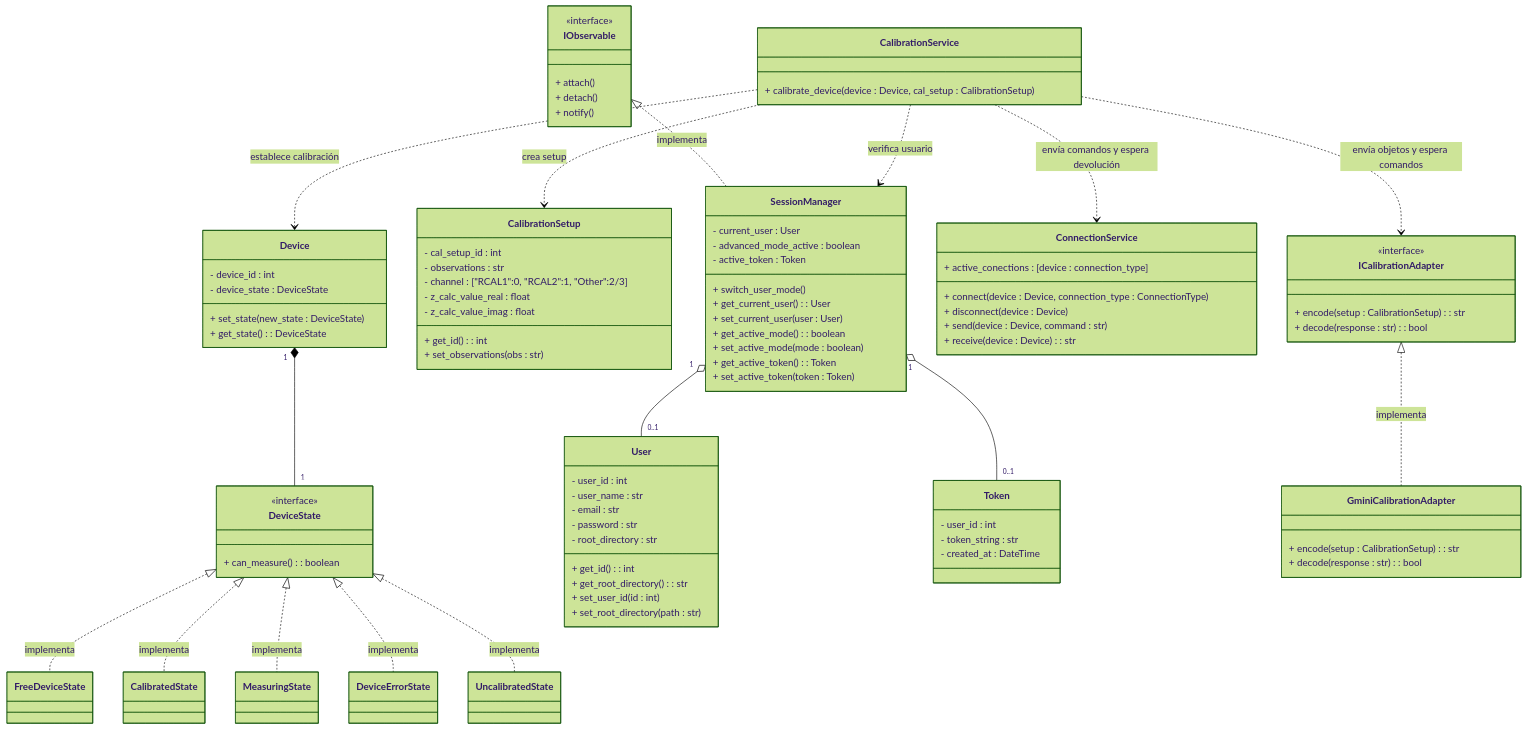
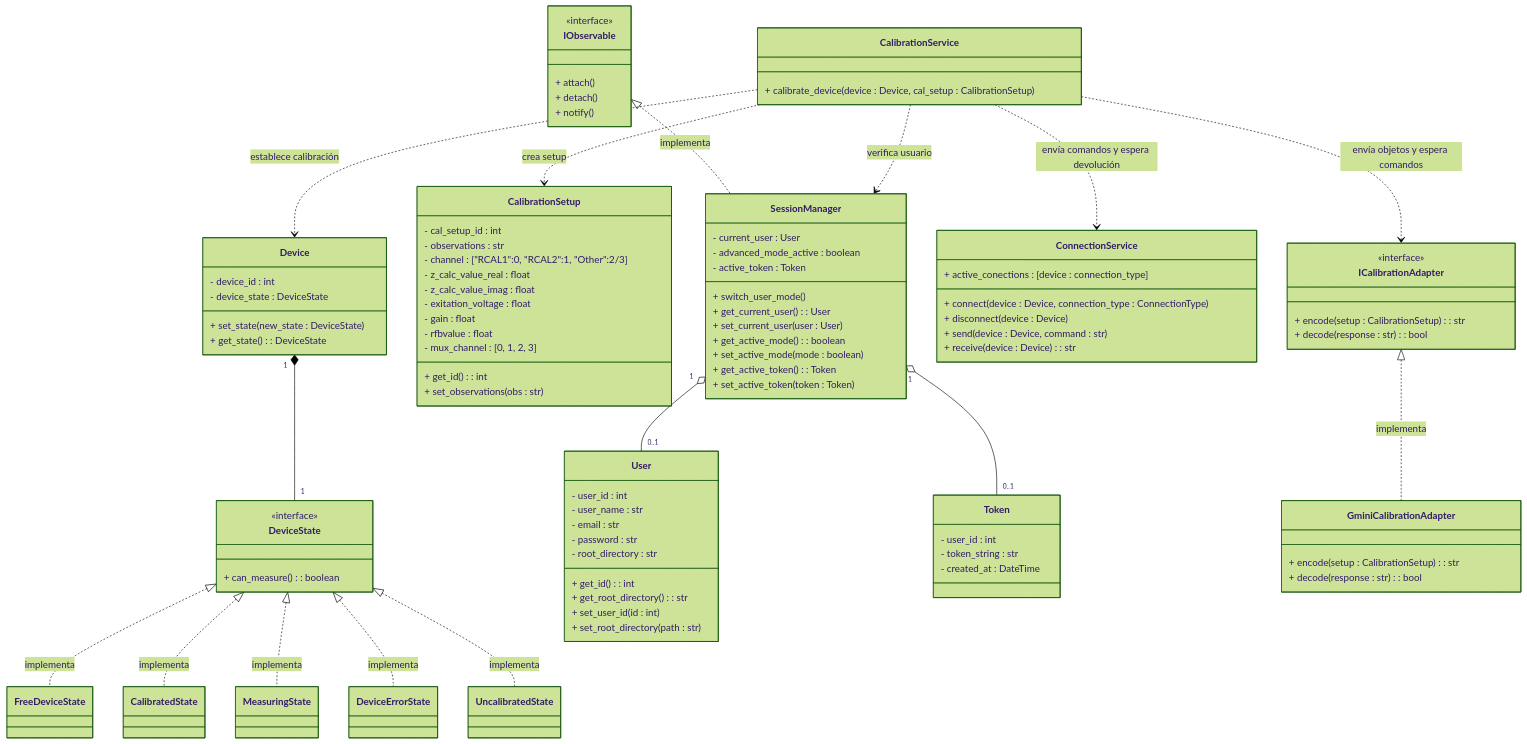
Diagram 12 of 15 in Gmini-MarkDown/Diagramas/Diagramas de Clases.md (alegrelias/Repo-GMini), drawn with Mermaid (forest theme) before and after one commit. The commit also changed other lines of this file and 1 other file, not shown here.

Commit message:
Agregue una copia antigua del el diagrama de clases y modifique el nuevo segun los cambios correspondientes

```diff
--- a/Gmini-MarkDown/Diagramas/Diagramas de Clases.md
+++ b/Gmini-MarkDown/Diagramas/Diagramas de Clases.md
@@ -952,7 +1015,7 @@
 	%% getters
 	+ get_id() : int
 	+ get_root_directory() : str
-	
+
 	%% setters
 	+ set_user_id(id : int)
 	+ set_root_directory(path : str)
@@ -964,9 +1027,13 @@
 	- channel : ["RCAL1":0, "RCAL2":1, "Other":2/3]
 	- z_calc_value_real : float
 	- z_calc_value_imag : float
+	- exitation_voltage : float
+	- gain : float
+	- rfbvalue : float
+	- mux_channel : [0, 1, 2, 3]
 	%% getters
 	+ get_id() : int
-	
+
 	%% setters
 	+ set_observations(obs : str)
 }
@@ -1020,16 +1087,16 @@
 }
 
 %% patron adapter
-class ICalibrationAdapter{ 
+class ICalibrationAdapter{
 	<<interface>>
-	+ encode(setup : CalibrationSetup) : str 
-	+ decode(response : str) : bool 
+	+ encode(setup : CalibrationSetup) : str
+	+ decode(response : str) : bool
 }
 
-class GminiCalibrationAdapter{ 
-	+ encode(setup : CalibrationSetup) : str 
-	+ decode(response : str) : bool 
-} 
+class GminiCalibrationAdapter{
+	+ encode(setup : CalibrationSetup) : str
+	+ decode(response : str) : bool
+}
 
 %% relaciones
 
```
